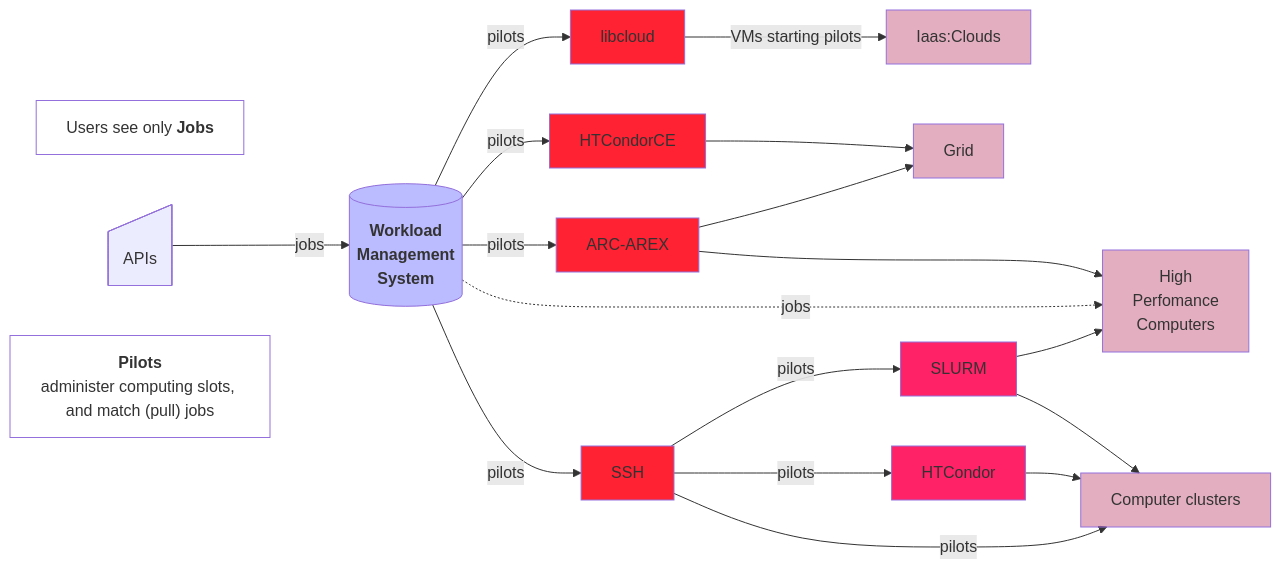
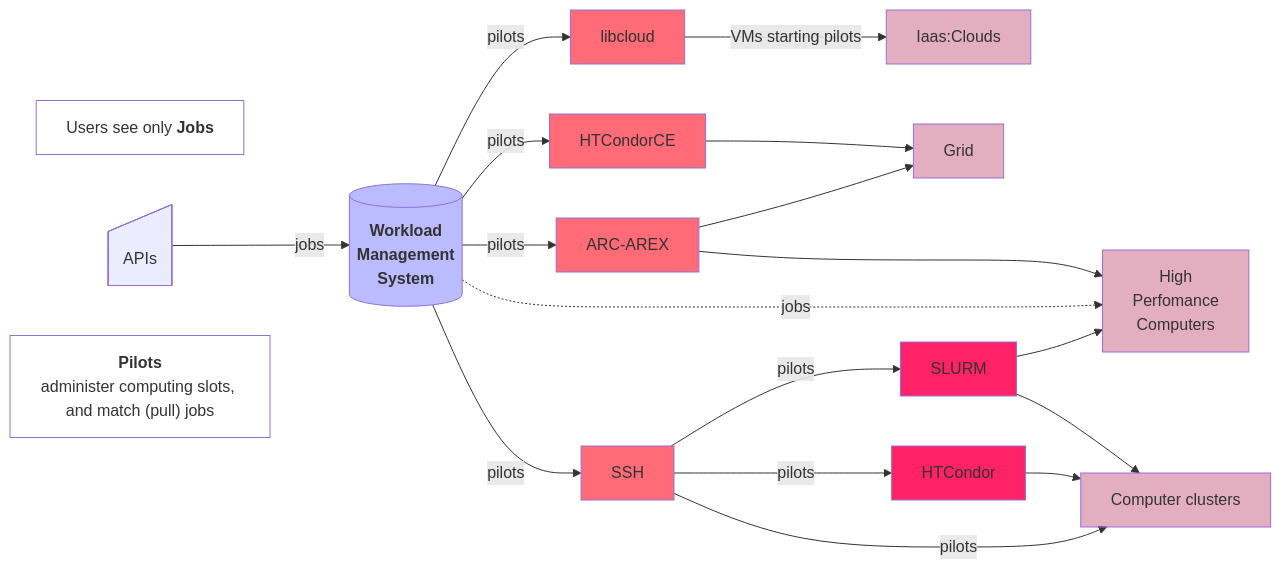
One commit to Soap2G/atlas-opendata-infrastructure changed the second of 7 diagrams in slides.md. Above: the diagram before and after it, drawn with Mermaid. The commit also changed other lines of this file, not shown here.

````diff
--- a/slides.md
+++ b/slides.md
@@ -137,49 +137,49 @@
 ```mermaid
 %%{init: { 'theme': 'default' }}%%
 flowchart LR;
 Jobs["`Users see only **Jobs**`"]
 A@{ shape: sl-rect, label: "APIs" }
 WMS[("`**Workload
 Management
 System**`")]
 style WMS fill:#bbf
 HPC["`High
 Perfomance
 Computers`"]
 style HPC fill:#A145
 clusters["`Computer clusters`"]
 style clusters fill:#A145
 Grid_Nodes["Grid"]
 Pilots["`**Pilots**
 administer computing slots, and match (pull) jobs`"]
 
-style HTCondorCE fill:#F23
-style ARC-AREX fill:#F23
-style libcloud fill:#F23
-style SSH fill:#F23
+style HTCondorCE fill:#F23A
+style ARC-AREX fill:#F23A
+style libcloud fill:#F23A
+style SSH fill:#F23A
 style Grid_Nodes fill:#A145
 style Iaas:Clouds fill:#A145
 style HTCondor fill:#F26
 style SLURM fill:#F26
 style Jobs fill:#FFF
 style Pilots fill:#FFF
 
 A-->|jobs|WMS
 
 WMS-->|pilots|libcloud
 WMS-->|pilots|HTCondorCE
 WMS-->|pilots|ARC-AREX
 WMS-. jobs .->HPC
 WMS-->|pilots|SSH
 
 libcloud-->|VMs starting pilots|Iaas:Clouds
 HTCondorCE-->Grid_Nodes
 ARC-AREX-->Grid_Nodes
 ARC-AREX-->HPC
 SSH-->|pilots|SLURM
 SSH-->|pilots|HTCondor
 SSH-->|pilots|clusters
 SLURM-->HPC
 SLURM-->clusters
 HTCondor-->clusters
 ```
````
